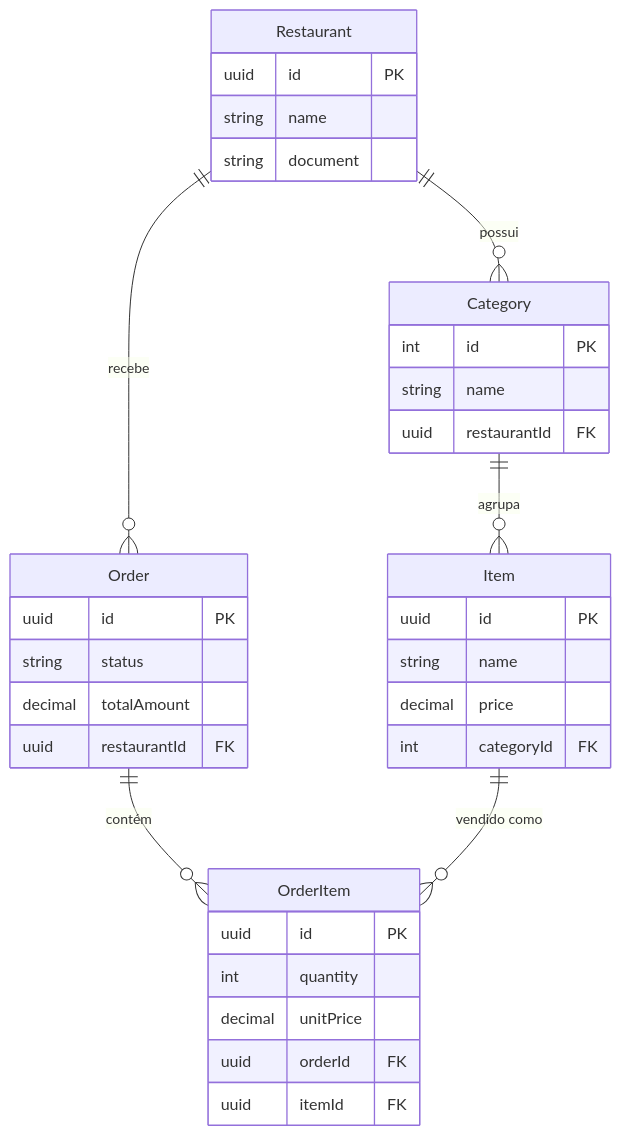
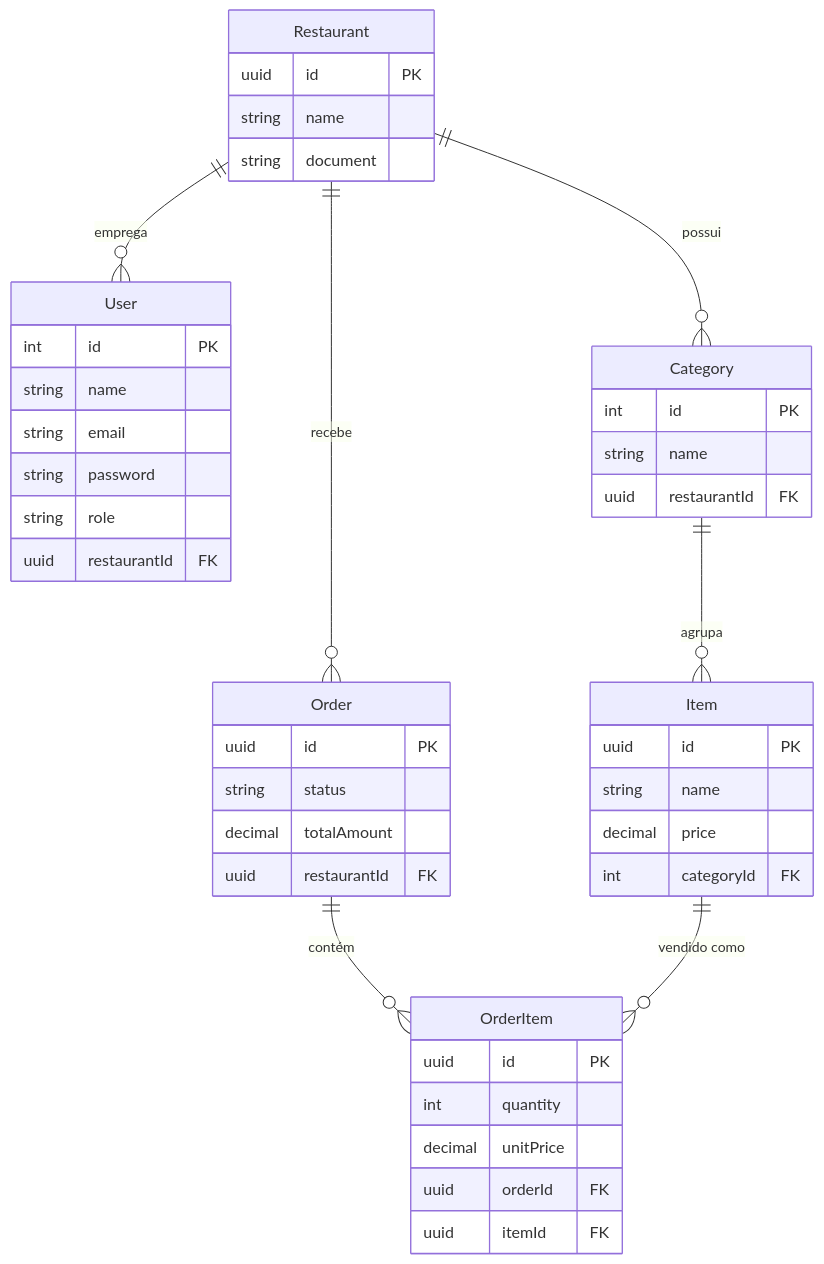
Before and after one commit to KauanRakoski/restauranto: the diagram in readme.md, drawn with Mermaid. The commit also changed 40 other files, not shown here.

````diff
--- a/readme.md
+++ b/readme.md
@@ -22,38 +22,47 @@
 ```mermaid
 erDiagram
     Restaurant {
         uuid id PK
         string name
         string document
+    }
+    User {
+        int id PK
+        string name
+        string email
+        string password
+        string role
+        uuid restaurantId FK
     }
     Category {
         int id PK
         string name
         uuid restaurantId FK
     }
     Item {
         uuid id PK
         string name
         decimal price
         int categoryId FK
     }
     Order {
         uuid id PK
         string status
         decimal totalAmount
         uuid restaurantId FK
     }
     OrderItem {
         uuid id PK
         int quantity
         decimal unitPrice
         uuid orderId FK
         uuid itemId FK
     }
 
+    Restaurant ||--o{ User : "emprega"
     Restaurant ||--o{ Category : "possui"
     Restaurant ||--o{ Order : "recebe"
     Category ||--o{ Item : "agrupa"
     Order ||--o{ OrderItem : "contém"
     Item ||--o{ OrderItem : "vendido como"
 ```
````
